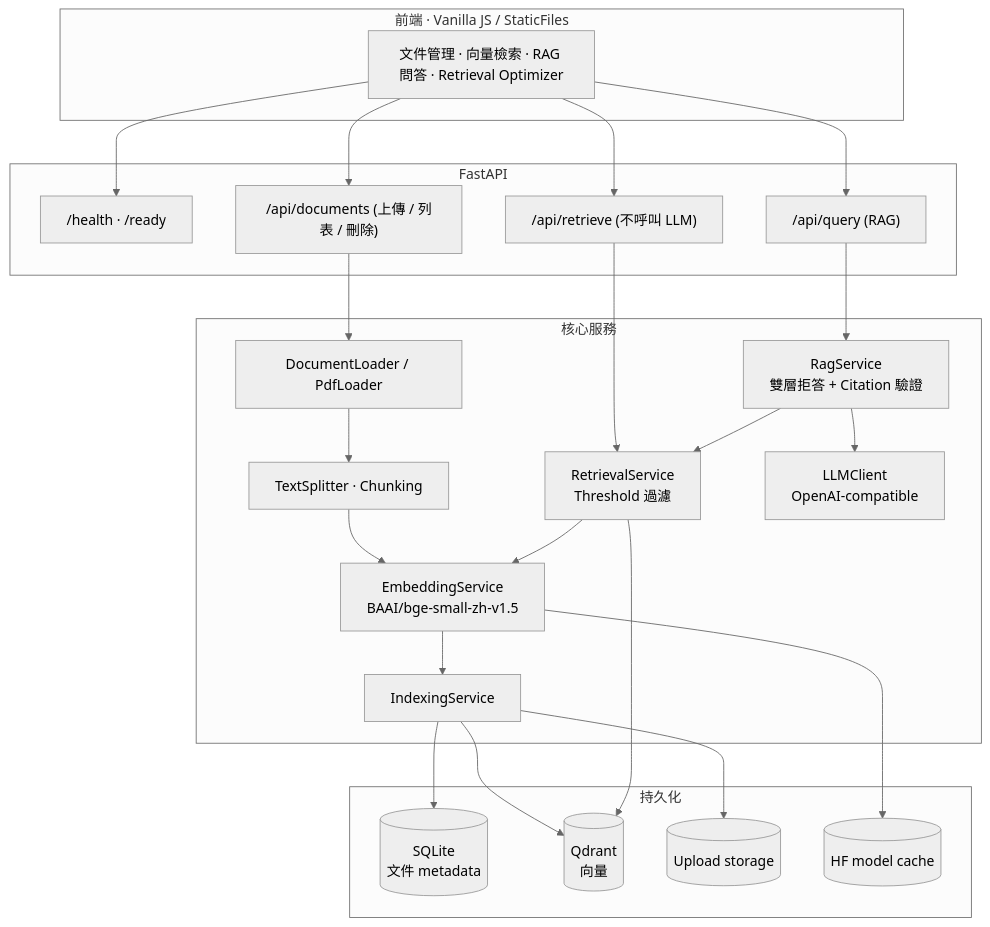
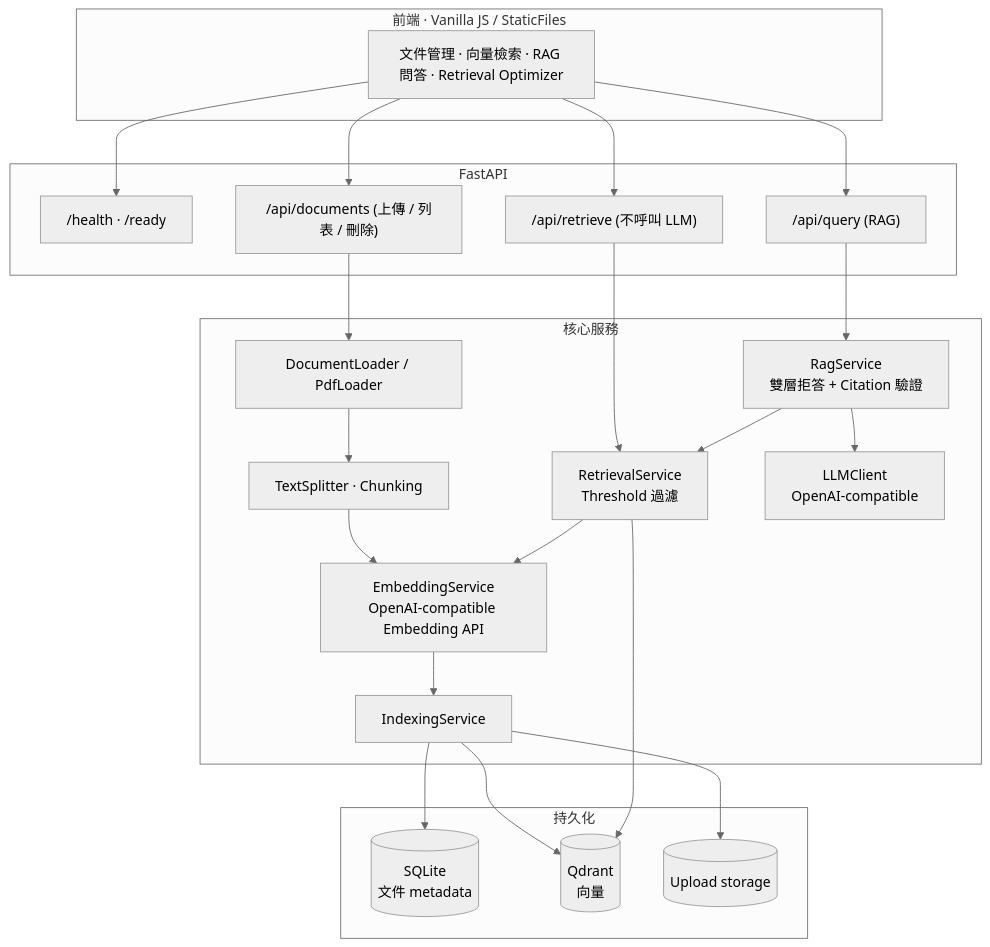
One commit to lcmami/rag-knowledge-assistant changed the first of 2 diagrams in README.md. Above: the diagram before and after it, drawn with Mermaid (neutral theme). The commit also changed other lines of this file and 5220 other files, not shown here.

First line of the commit message:
feat: v1.3 - switch embedding to OpenAI-compatible API, add grid optimizer

````diff
--- a/README.md
+++ b/README.md
@@ -41,38 +47,36 @@
 ```mermaid
 flowchart TD
     subgraph Client[前端 · Vanilla JS / StaticFiles]
         UI[文件管理 · 向量檢索 · RAG 問答 · Retrieval Optimizer]
     end
 
     subgraph API[FastAPI]
         H["/health · /ready"]
         D["/api/documents (上傳 / 列表 / 刪除)"]
         R["/api/retrieve (不呼叫 LLM)"]
         Q["/api/query (RAG)"]
     end
 
     subgraph Core[核心服務]
         LOAD[DocumentLoader / PdfLoader]
         SPLIT[TextSplitter · Chunking]
-        EMB[EmbeddingService<br/>BAAI/bge-small-zh-v1.5]
+        EMB[EmbeddingService<br/>OpenAI-compatible Embedding API]
         IDX[IndexingService]
         RET[RetrievalService<br/>Threshold 過濾]
         RAG[RagService<br/>雙層拒答 + Citation 驗證]
         LLM[LLMClient<br/>OpenAI-compatible]
     end
 
     subgraph Store[持久化]
         SQLITE[(SQLite<br/>文件 metadata)]
         QDRANT[(Qdrant<br/>向量)]
         FILES[(Upload storage)]
-        HF[(HF model cache)]
     end
 
     UI --> H & D & R & Q
     D --> LOAD --> SPLIT --> EMB --> IDX
     IDX --> SQLITE & QDRANT & FILES
     R --> RET --> EMB & QDRANT
     Q --> RAG --> RET
     RAG --> LLM
-    EMB --> HF
 ```
````
